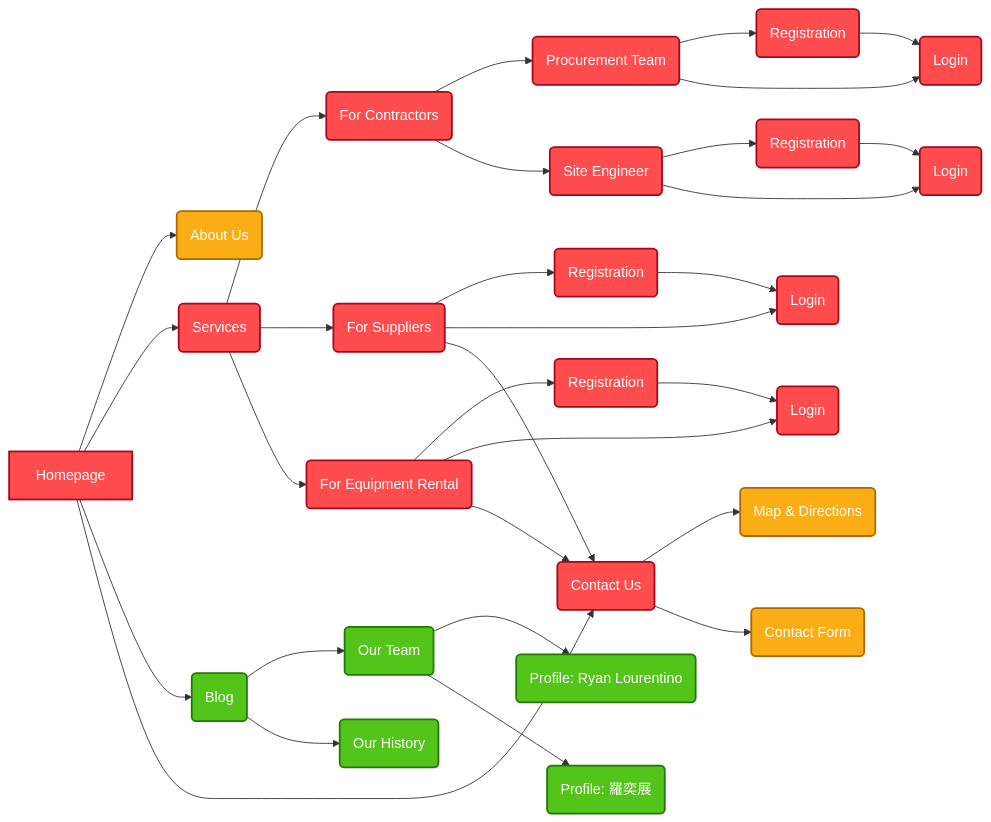
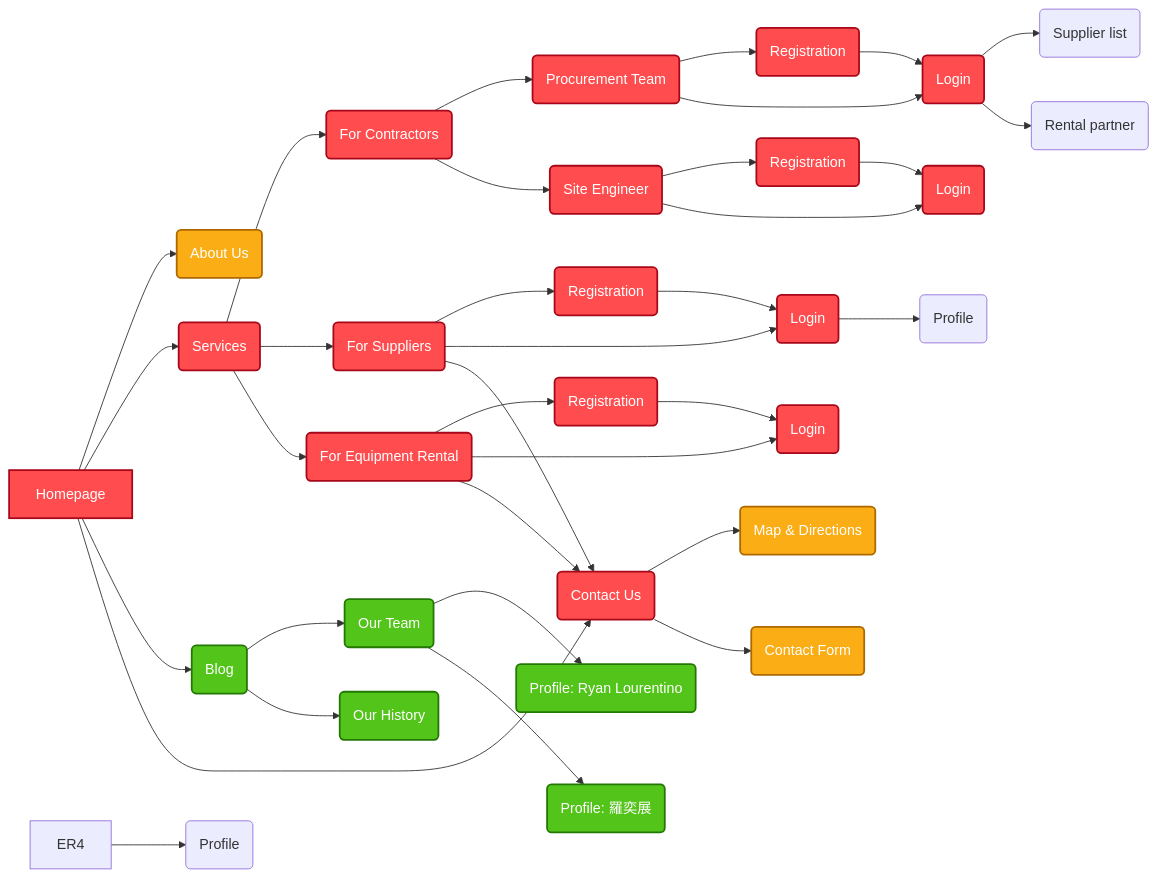
Before and after one commit to ryanlourentino/project-flow: the diagram in README.md, drawn with Mermaid.

Commit message:
add information page

````diff
--- a/README.md
+++ b/README.md
@@ -19,52 +19,57 @@
 ```mermaid 
 graph LR
 
 	classDef high fill:#ff4d4f,stroke:#a8071a,stroke-width:2px,color:#ffffff;
 	classDef medium fill:#faad14,stroke:#ad6800,stroke-width:2px,color:#ffffff;
 	classDef low fill:#52c41a,stroke:#237804,stroke-width:2px,color:#ffffff;
 
 
 	A[Homepage] --> B(About Us)
 	A --> E(Services)
 	A --> C(Blog)
 	A --> D(Contact Us)
 
 	C --> C1(Our Team)
 	C --> C2(Our History)
 
 	C1 --> CA1(Profile: Ryan Lourentino)
 	C1 --> CA2(Profile: 羅奕展)
 
 	E --> Co1(For Contractors)
 	E --> Sup1(For Suppliers)
 	E --> ER1(For Equipment Rental)
 
 	Co1 --> Pro1(Procurement Team)
 	Co1 --> SE1(Site Engineer)
 
 	Pro1 --> Pro2(Registration)
 	Pro1 --> Pro3(Login)
 	Pro2 --> Pro3
+	Pro3 --> S1(Supplier list)
+	Pro3 --> S2(Rental partner)
 
 	SE1 --> SE2(Registration)
 	SE1 --> SE3(Login)
 	SE2 --> SE3
 
+
 	Sup1 --> Sup2(Registration)
 	Sup1 --> Sup3(Login)
 	Sup2 --> Sup3
 	Sup1 --> D
+	Sup3 --> Sup4(Profile)
 
 	ER1 --> ER2(Registration)
 	ER1 --> ER3(Login)
 	ER2 --> ER3
 	ER1 --> D
+	ER4 --> ER5(Profile)
 
 	D --> D1(Map & Directions)
 	D --> D2(Contact Form)
 
 	%%DefPriority
 	class A,D,E,Co1,Sup1,Pro1,Pro2,Pro3,SE1,SE2,SE3,Sup2,Sup3,ER1,ER2,ER3 high;
 	class B,D1,D2 medium;
 	class C,C1,C2,CA1,CA2 low;
 ```
````
